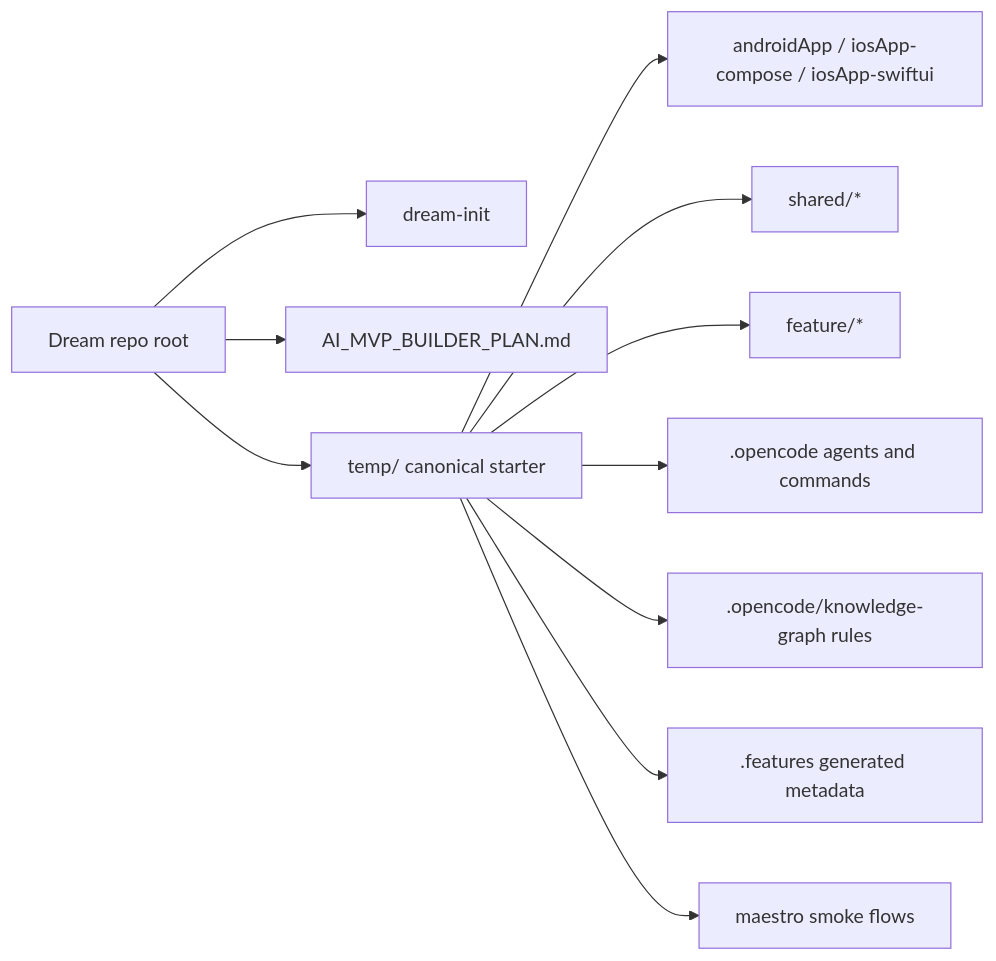
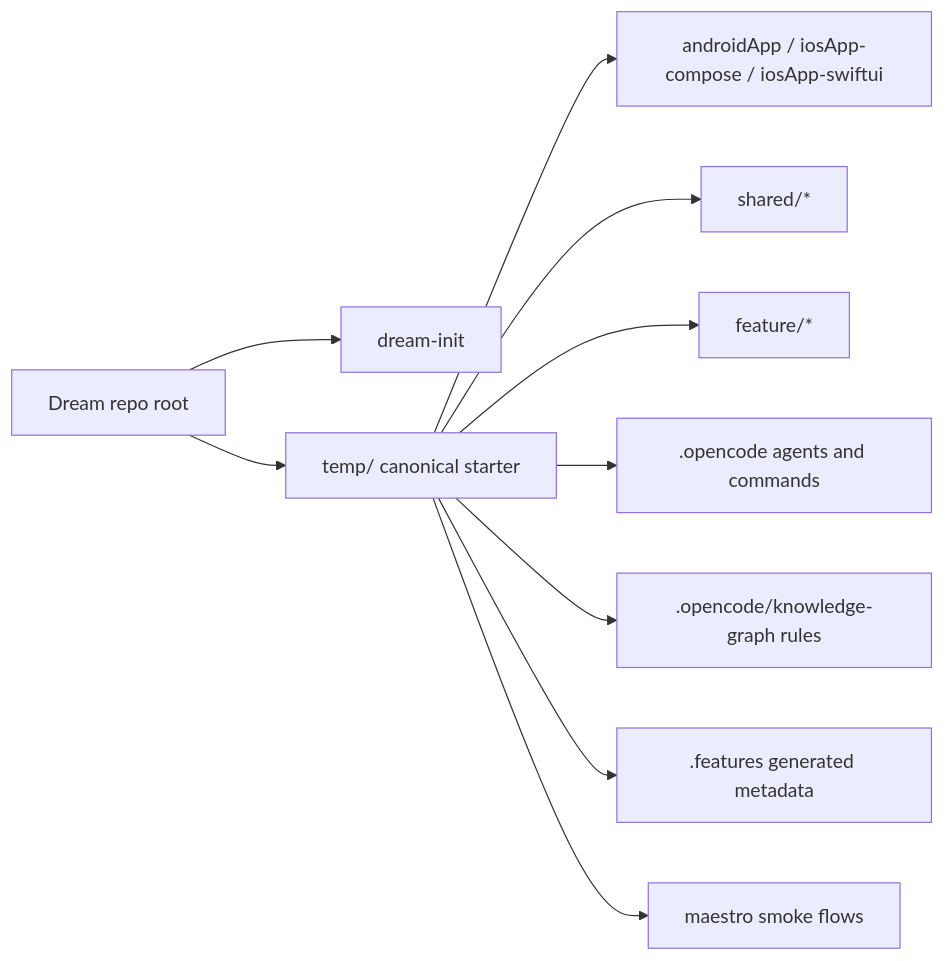
One commit to Helmy2/Dream changed the second of 8 diagrams in ONBOARDING.md. Above: the diagram before and after it, drawn with Mermaid. The commit also changed other lines of this file and 2 other files, not shown here.

First line of the commit message:
Update root docs to match temp/.opencode changes

````diff
--- a/ONBOARDING.md
+++ b/ONBOARDING.md
@@ -39,13 +38,12 @@
 ```mermaid
 flowchart LR
     Root[Dream repo root] --> Init[dream-init]
-    Root --> Plan[AI_MVP_BUILDER_PLAN.md]
     Root --> Temp[temp/ canonical starter]
     Temp --> Apps[androidApp / iosApp-compose / iosApp-swiftui]
     Temp --> Shared[shared/*]
     Temp --> Features[feature/*]
     Temp --> Agents[.opencode agents and commands]
     Temp --> Graph[.opencode/knowledge-graph rules]
     Temp --> MVP[.features generated metadata]
     Temp --> Maestro[maestro smoke flows]
 ```
````
